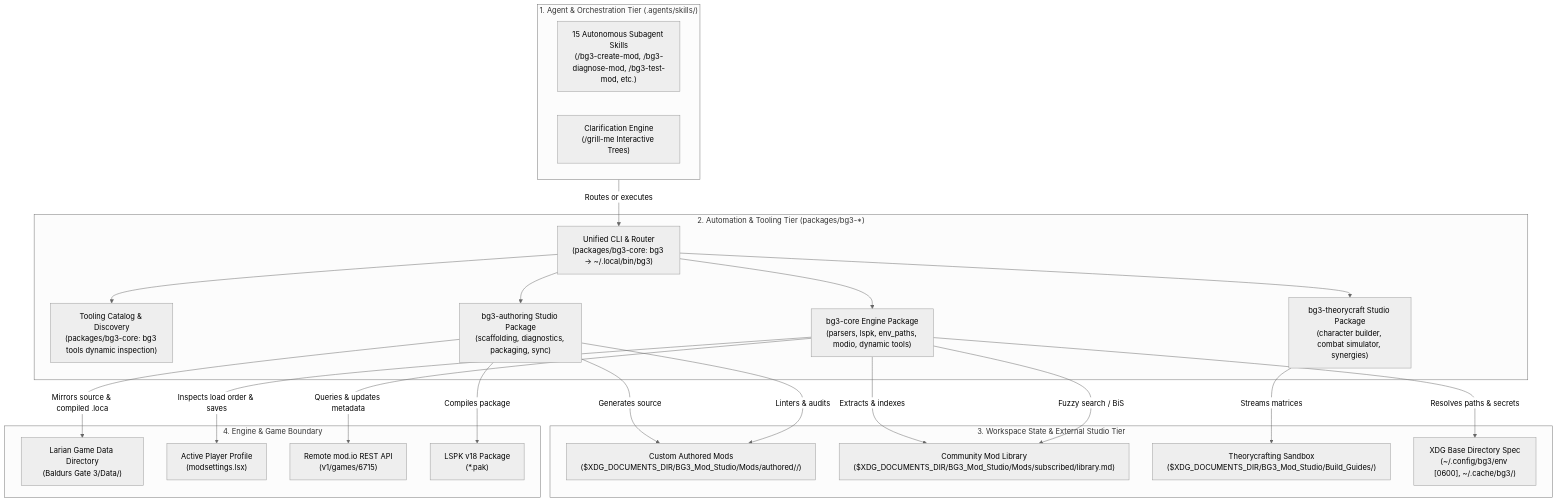
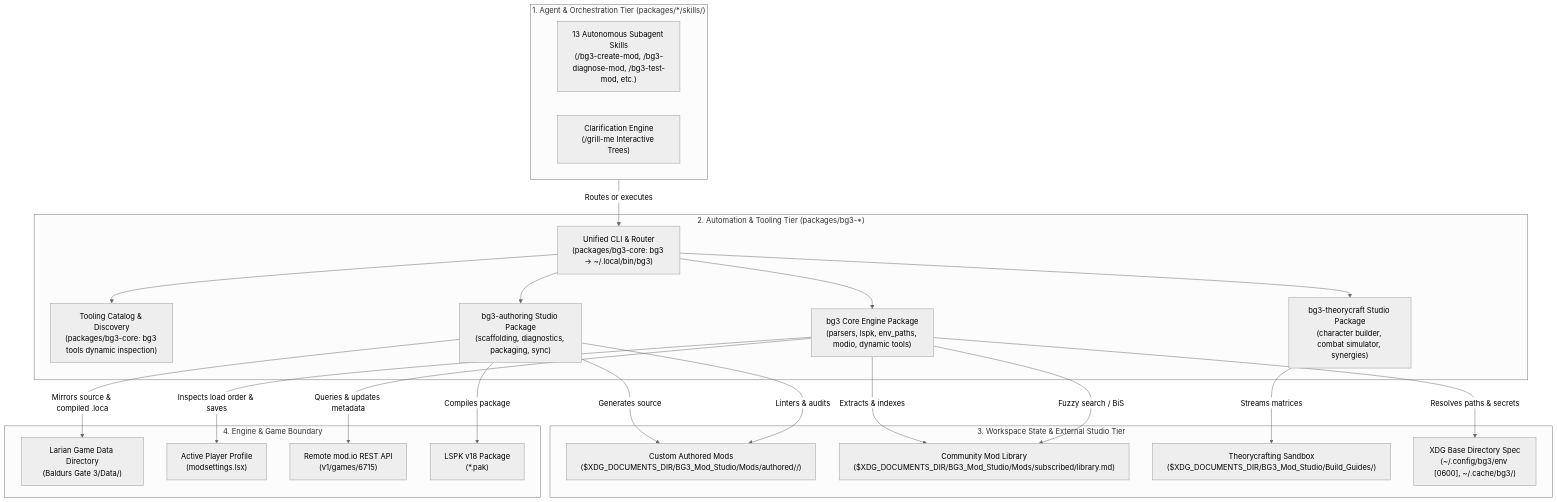
One commit to jpelton-stroud/bg3-mod-studio changed the first of 3 diagrams in docs/ARCHITECTURE.md. Above: the diagram before and after it, drawn with Mermaid (neutral theme). The commit also changed other lines of this file and 65 other files, not shown here.

````diff
--- a/docs/ARCHITECTURE.md
+++ b/docs/ARCHITECTURE.md
@@ -14,46 +14,46 @@
 ```mermaid
 flowchart TD
-    subgraph Tier1["1. Agent & Orchestration Tier (.agents/skills/)"]
-        Agents["15 Autonomous Subagent Skills\n(/bg3-create-mod, /bg3-diagnose-mod, /bg3-test-mod, etc.)"]
+    subgraph Tier1["1. Agent & Orchestration Tier (packages/*/skills/)"]
+        Agents["13 Autonomous Subagent Skills\n(/bg3-create-mod, /bg3-diagnose-mod, /bg3-test-mod, etc.)"]
         GrillMe["Clarification Engine\n(/grill-me Interactive Trees)"]
     end
 
     subgraph Tier2["2. Automation & Tooling Tier (packages/bg3-*)"]
         CLI["Unified CLI & Router\n(packages/bg3-core: bg3 -> ~/.local/bin/bg3)"]
         Registry["Tooling Catalog & Discovery\n(packages/bg3-core: bg3 tools dynamic inspection)"]
-        CorePkg["bg3-core Engine Package\n(parsers, lspk, env_paths, modio, dynamic tools)"]
+        CorePkg["bg3 Core Engine Package\n(parsers, lspk, env_paths, modio, dynamic tools)"]
         AuthoringPkg["bg3-authoring Studio Package\n(scaffolding, diagnostics, packaging, sync)"]
         TheorycraftPkg["bg3-theorycraft Studio Package\n(character builder, combat simulator, synergies)"]
     end
 
     subgraph Tier3["3. Workspace State & External Studio Tier"]
         MyMods["Custom Authored Mods\n($XDG_DOCUMENTS_DIR/BG3_Mod_Studio/Mods/authored/<slug>/)"]
         ModsLib["Community Mod Library\n($XDG_DOCUMENTS_DIR/BG3_Mod_Studio/Mods/subscribed/library.md)"]
         Sandboxes["Theorycrafting Sandbox\n($XDG_DOCUMENTS_DIR/BG3_Mod_Studio/Build_Guides/)"]
         XDGConfig["XDG Base Directory Spec\n(~/.config/bg3/env [0600], ~/.cache/bg3/)"]
     end
 
     subgraph Tier4["4. Engine & Game Boundary"]
         GameData["Larian Game Data Directory\n(Baldurs Gate 3/Data/)"]
         ProfileSettings["Active Player Profile\n(modsettings.lsx)"]
         ModioRemote["Remote mod.io REST API\n(v1/games/6715)"]
         Distribution["LSPK v18 Package\n(*.pak)"]
     end
 
     Tier1 -->|Routes or executes| CLI
     CLI --> Registry
     CLI --> CorePkg
     CLI --> AuthoringPkg
     CLI --> TheorycraftPkg
 
     AuthoringPkg -->|Generates source| MyMods
     AuthoringPkg -->|Mirrors source & compiled .loca| GameData
     AuthoringPkg -->|Compiles package| Distribution
     AuthoringPkg -->|Linters & audits| MyMods
     CorePkg -->|Inspects load order & saves| ProfileSettings
     CorePkg -->|Queries & updates metadata| ModioRemote
     CorePkg -->|Extracts & indexes| ModsLib
     CorePkg -->|Fuzzy search / BiS| ModsLib
     TheorycraftPkg -->|Streams matrices| Sandboxes
     CorePkg -->|Resolves paths & secrets| XDGConfig
 ```
````
